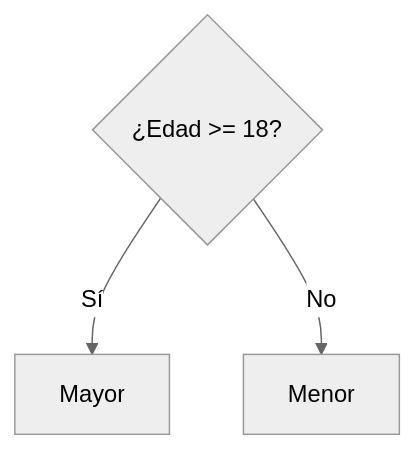
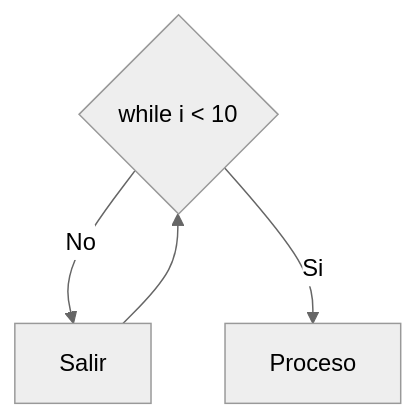
The seventh of 15 diagrams in Tema04_Control/1-instrucciones_control.md (Abel-DB/Algoritmos-programacion), drawn with Mermaid (neutral theme) before and after one commit. The commit also changed other lines of this file, not shown here.

```diff
--- a/Tema04_Control/1-instrucciones_control.md
+++ b/Tema04_Control/1-instrucciones_control.md
@@ -80,6 +110,8 @@
 ~~~mermaid
 flowchart TD
-A{¿Edad >= 18?}
-A -->|Sí| B[Mayor]
-A -->|No| C[Menor]
+A@{ shape: diamond, label: "while i < 10" }
+
+A -->|No| B@{ shape: rect, label: "Salir" }
+B --> A
+A -->|Si| C@{ shape: rect, label: "Proceso" }
 ~~~
```
